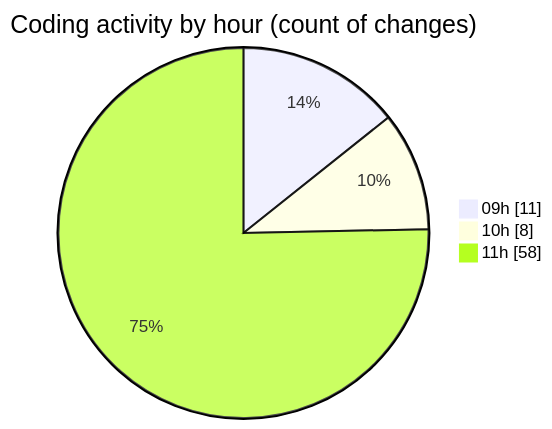
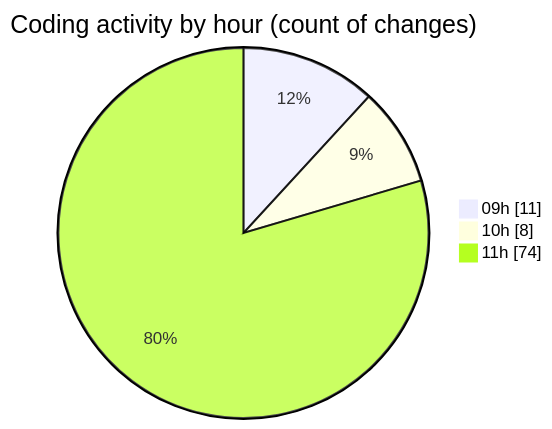
The second of 2 diagrams in 2025-10-30/cda/README.md (momahboobian/code-tracking), drawn with Mermaid before and after one commit. The commit also changed other lines of this file and 1 other file, not shown here.

````diff
--- a/2025-10-30/cda/README.md
+++ b/2025-10-30/cda/README.md
@@ -38,7 +38,7 @@
 ```mermaid
 pie showData
 title Coding activity by hour (count of changes)
 "09h" : 11
 "10h" : 8
-"11h" : 58
+"11h" : 74
 ```
````
